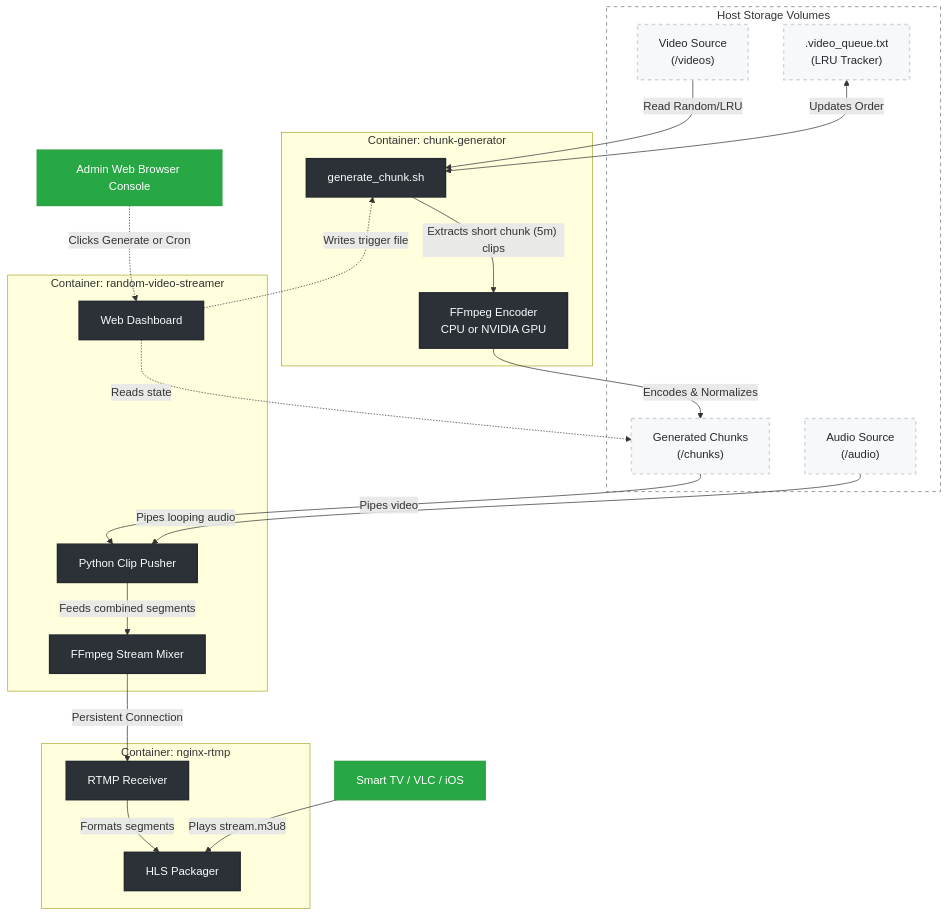
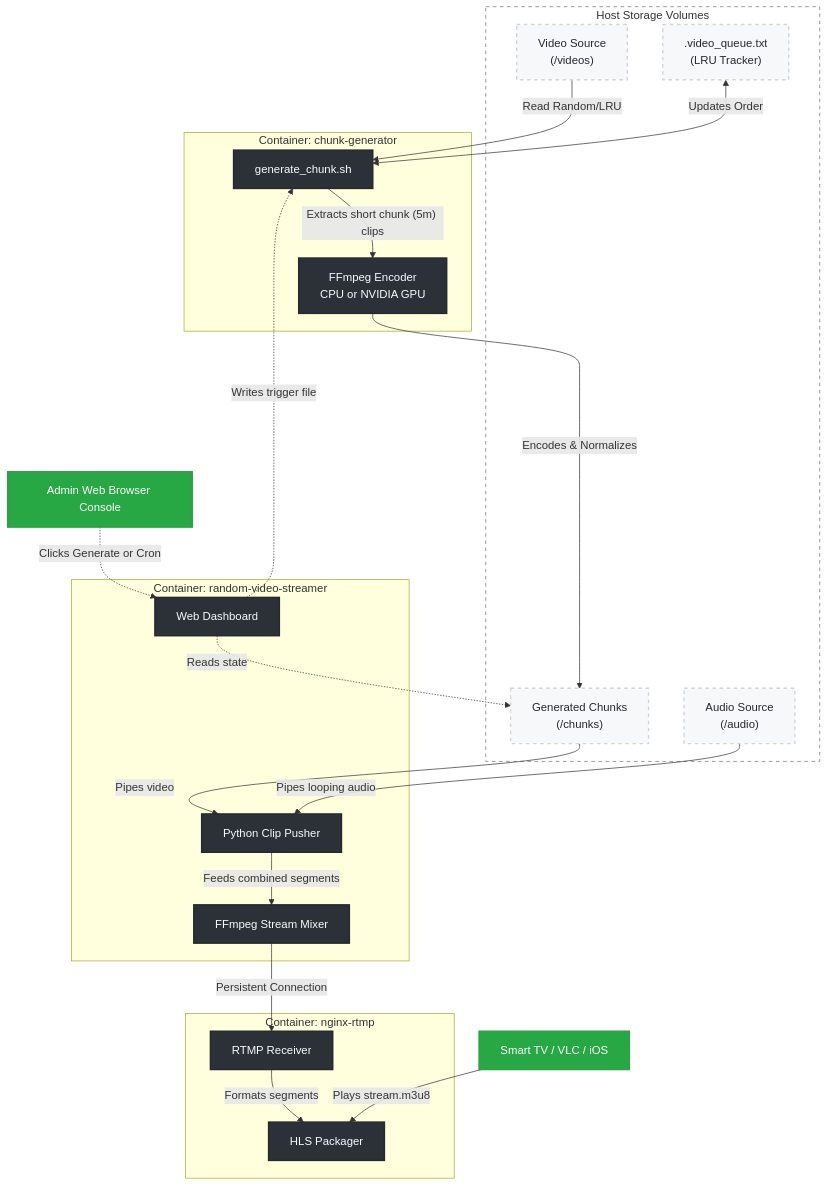
The diagram in README.md (vineethvijay/Random-Video-Clips-Streaming-Server), drawn with Mermaid before and after one commit.

````diff
--- a/README.md
+++ b/README.md
@@ -17,61 +17,61 @@
 ```mermaid
 flowchart TD
     %% Define Styles
     classDef container fill:#2b3137,stroke:#24292e,stroke-width:2px,color:#fafbfc
     classDef volume fill:#f6f8fa,stroke:#d1d5da,stroke-width:2px,color:#24292e,stroke-dasharray: 5 5
     classDef output fill:#0366d6,stroke:#0366d6,stroke-width:3px,color:#ffffff,font-weight:bold
     classDef interface fill:#28a745,stroke:#2ea043,stroke-width:2px,color:#ffffff
 
     %% Subgraphs for Domains
     subgraph Host ["Host Storage Volumes"]
         V["Video Source<br>(/videos)"]:::volume
         A["Audio Source<br>(/audio)"]:::volume
         C["Generated Chunks<br>(/chunks)"]:::volume
         Q[".video_queue.txt<br>(LRU Tracker)"]:::volume
     end
 
     subgraph Gen ["Container: chunk-generator"]
         bash[generate_chunk.sh]:::container
         ffmpeg1["FFmpeg Encoder<br>CPU or NVIDIA GPU"]:::container
     end
 
     subgraph Stream ["Container: random-video-streamer"]
         API[Web Dashboard]:::container
         Pusher[Python Clip Pusher]:::container
         ffmpeg2[FFmpeg Stream Mixer]:::container
     end
 
     subgraph Nginx ["Container: nginx-rtmp"]
         rtmp[RTMP Receiver]:::container
         hls[HLS Packager]:::container
     end
 
     %% Client Layer
     Dashboard[Admin Web Browser Console]:::interface
     Player[Smart TV / VLC / iOS]:::interface
 
     %% Generation Flow
     V -->|Read Random/LRU| bash
     Q <-->|Updates Order| bash
     bash -->|"Extracts short chunk (5m) clips"| ffmpeg1
     ffmpeg1 -->|Encodes & Normalizes| C
 
     %% Streaming Flow
     C -->|Pipes video| Pusher
     A -->|Pipes looping audio| Pusher
     Pusher -->|Feeds combined segments| ffmpeg2
     ffmpeg2 -->|Persistent Connection| rtmp
 
     %% Final Packaging
     rtmp -->|Formats segments| hls
     
     %% User Interfaces
     API -.->|Writes trigger file| bash
     API -.->|Reads state| C
     Dashboard -.->|Clicks Generate or Cron| API
     Player -->|Plays stream.m3u8| hls
 
     %% Layout hints
     style Host fill:transparent,stroke:#6a737d,stroke-dasharray: 5 5
-    bash ~~~ API
+    bash ~~~~~~~ API
 ```
````
